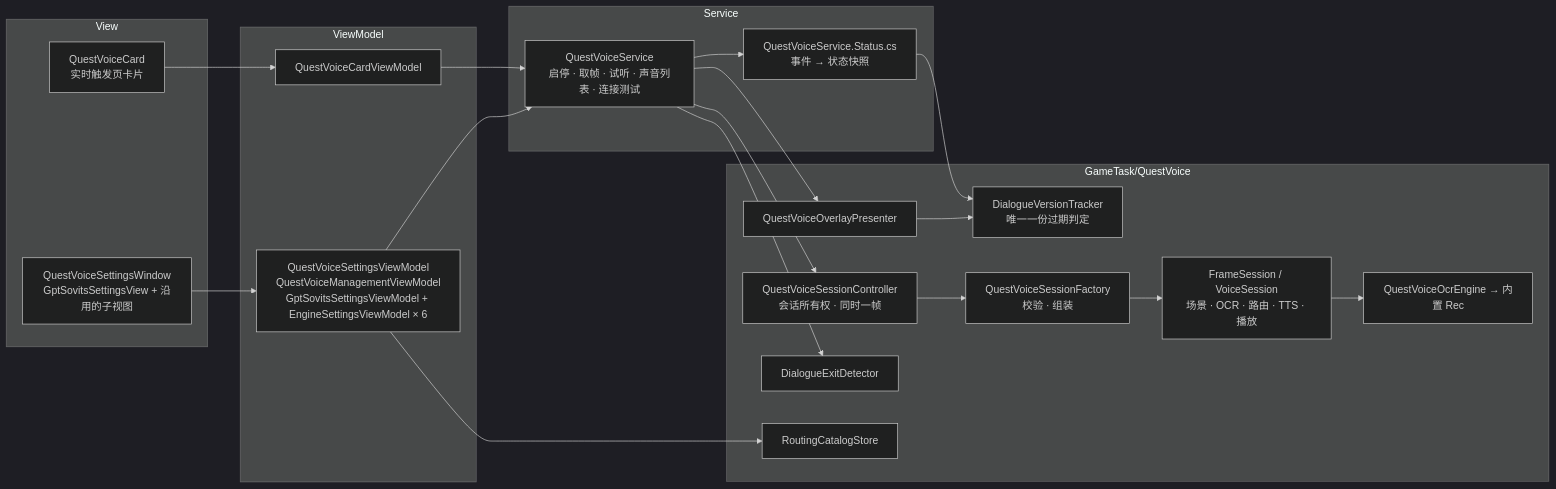
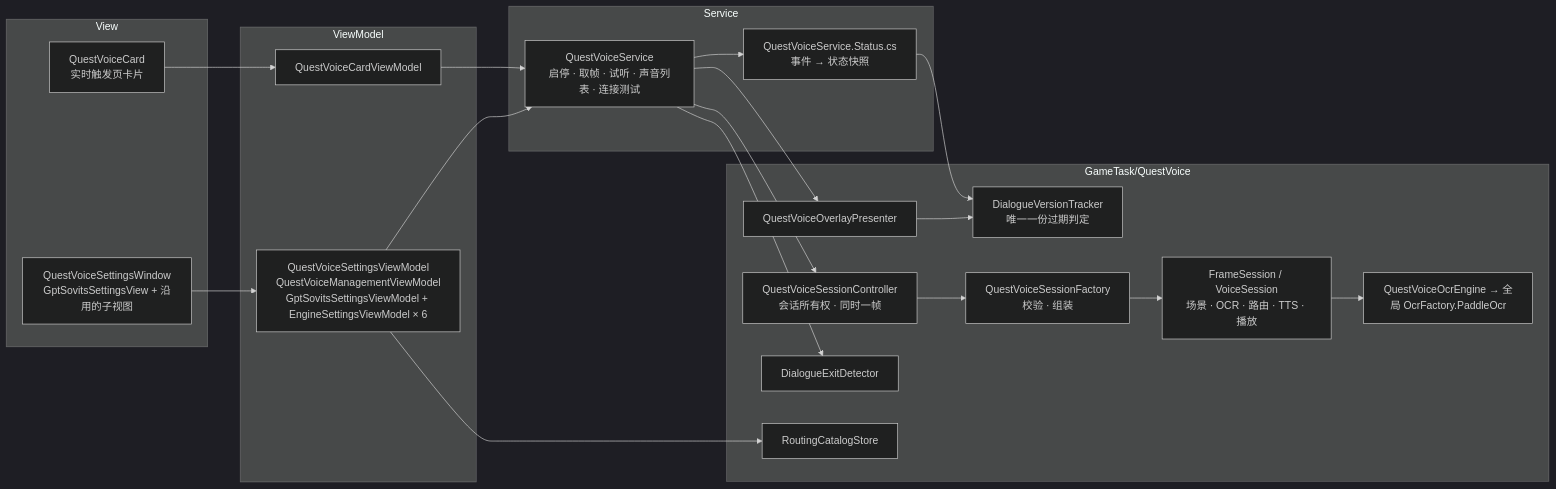
One commit to babalae/better-genshin-impact changed the diagram in Docs/design/questvoice-simplification.md. Above: the diagram before and after it, drawn with Mermaid (dark theme). The commit also changed other lines of this file and 12 other files, not shown here.

````diff
--- a/Docs/design/questvoice-simplification.md
+++ b/Docs/design/questvoice-simplification.md
@@ -322,33 +328,33 @@
 ```mermaid
 flowchart LR
     subgraph View
         Card["QuestVoiceCard<br/>实时触发页卡片"]
         Win["QuestVoiceSettingsWindow<br/>GptSovitsSettingsView + 沿用的子视图"]
     end
     subgraph ViewModel
         CardVm["QuestVoiceCardViewModel"]
         WinVm["QuestVoiceSettingsViewModel<br/>QuestVoiceManagementViewModel<br/>GptSovitsSettingsViewModel + EngineSettingsViewModel × 6"]
     end
     subgraph Service
         Svc["QuestVoiceService<br/>启停 · 取帧 · 试听 · 声音列表 · 连接测试"]
         Status["QuestVoiceService.Status.cs<br/>事件 → 状态快照"]
     end
     subgraph GameTask_QuestVoice["GameTask/QuestVoice"]
         Ctrl["QuestVoiceSessionController<br/>会话所有权 · 同时一帧"]
         Factory["QuestVoiceSessionFactory<br/>校验 · 组装"]
         Core["FrameSession / VoiceSession<br/>场景 · OCR · 路由 · TTS · 播放"]
-        Ocr["QuestVoiceOcrEngine → 内置 Rec"]
+        Ocr["QuestVoiceOcrEngine → 全局 OcrFactory.PaddleOcr"]
         Exit["DialogueExitDetector"]
         Tracker["DialogueVersionTracker<br/>唯一一份过期判定"]
         Overlay["QuestVoiceOverlayPresenter"]
         Store["RoutingCatalogStore"]
     end
     Card --> CardVm --> Svc
     Win --> WinVm --> Svc
     WinVm --> Store
     Svc --> Status --> Tracker
     Overlay --> Tracker
     Svc --> Overlay
     Svc --> Ctrl --> Factory --> Core --> Ocr
     Svc --> Exit
 ```
````
